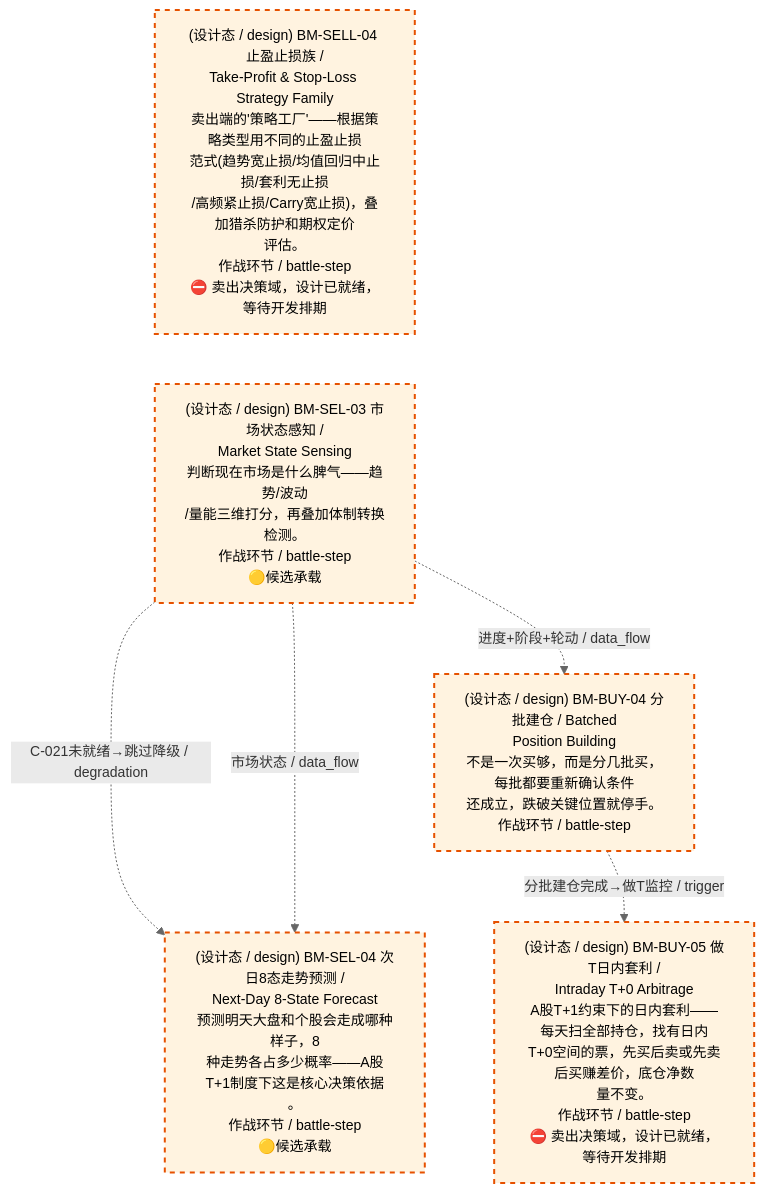
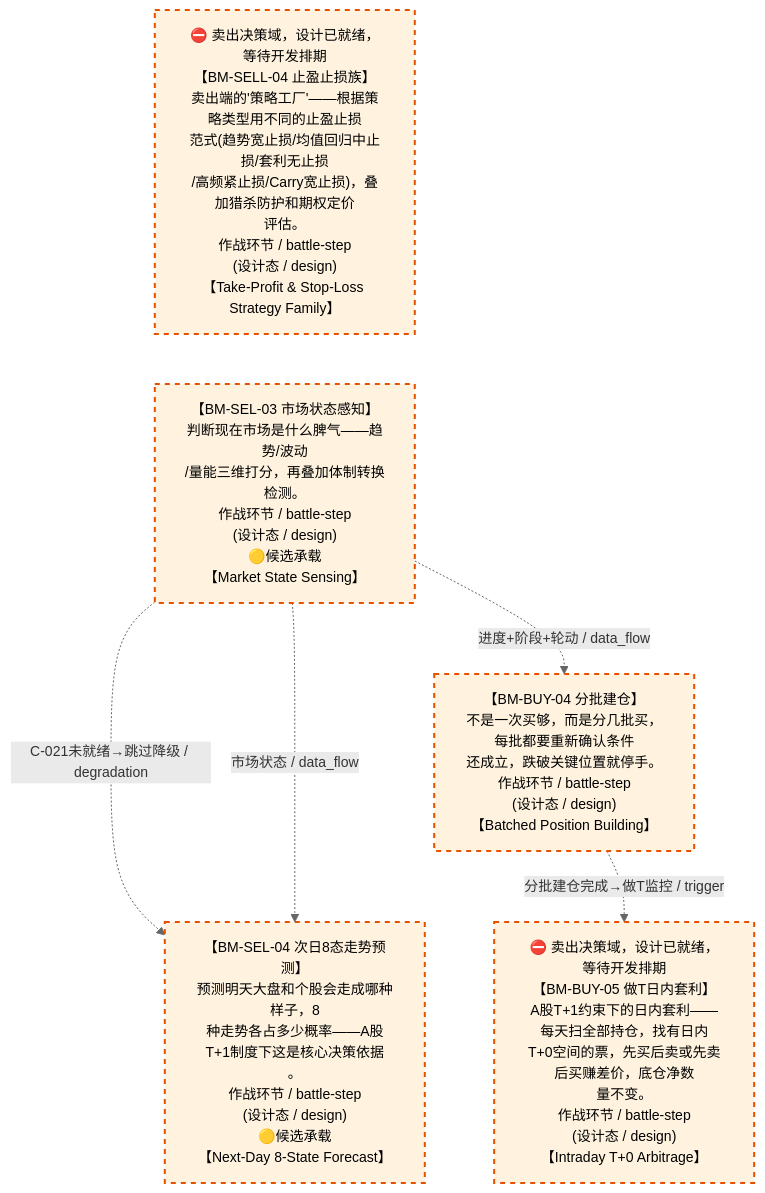
One commit to xuanFelixVan/ZephyrAlpha changed the fourth of 4 diagrams in docs/02_enterprise_architecture/07_trading_decision_architecture/battle_map/battle_map_panorama.md. Above: the diagram before and after it, drawn with Mermaid. The commit also changed other lines of this file and 16 other files, not shown here.

````diff
--- a/docs/02_enterprise_architecture/07_trading_decision_architecture/battle_map/battle_map_panorama.md
+++ b/docs/02_enterprise_architecture/07_trading_decision_architecture/battle_map/battle_map_panorama.md
@@ -242,22 +259,22 @@
 ```mermaid
 %%{init: {'theme': 'base', 'themeVariables': {'primaryColor': '#eaeaea', 'primaryTextColor': '#333333', 'primaryBorderColor': '#666666', 'lineColor': '#666666', 'secondaryColor': '#eaeaea', 'tertiaryColor': '#eaeaea', 'clusterBkg': 'transparent', 'clusterBorder': 'transparent', 'fontSize': '14px'}}}%%
 %% 作战地图·设计态
 flowchart TD
-    BM_BUY_04["(设计态 / design) BM-BUY-04 分批建仓 / Batched<br/>Position Building<br/>不是一次买够，而是分几批买，每批都要重新确认条件<br/>还成立，跌破关键位置就停手。<br/>作战环节 / battle-step"]
-    BM_BUY_05["(设计态 / design) BM-BUY-05 做T日内套利 /<br/>Intraday T+0 Arbitrage<br/>A股T+1约束下的日内套利——每天扫全部持仓，找有日内<br/>T+0空间的票，先买后卖或先卖后买赚差价，底仓净数<br/>量不变。<br/>作战环节 / battle-step<br/>⛔ 卖出决策域，设计已就绪，等待开发排期"]
-    BM_SELL_04["(设计态 / design) BM-SELL-04 止盈止损族 /<br/>Take-Profit &amp; Stop-Loss Strategy Family<br/>卖出端的'策略工厂'——根据策略类型用不同的止盈止损<br/>范式(趋势宽止损/均值回归中止损/套利无止损<br/>/高频紧止损/Carry宽止损)，叠加猎杀防护和期权定价<br/>评估。<br/>作战环节 / battle-step<br/>⛔ 卖出决策域，设计已就绪，等待开发排期"]
-    BM_SEL_03["(设计态 / design) BM-SEL-03 市场状态感知 /<br/>Market State Sensing<br/>判断现在市场是什么脾气——趋势/波动<br/>/量能三维打分，再叠加体制转换检测。<br/>作战环节 / battle-step<br/>🟡候选承载"]
-    BM_SEL_04["(设计态 / design) BM-SEL-04 次日8态走势预测 /<br/>Next-Day 8-State Forecast<br/>预测明天大盘和个股会走成哪种样子，8<br/>种走势各占多少概率——A股T+1制度下这是核心决策依据<br/>。<br/>作战环节 / battle-step<br/>🟡候选承载"]
+    BM_SEL_03["【BM-SEL-03 市场状态感知】<br/>判断现在市场是什么脾气——趋势/波动<br/>/量能三维打分，再叠加体制转换检测。<br/>作战环节 / battle-step<br/>(设计态 / design)<br/>🟡候选承载<br/>【Market State Sensing】"]
+    BM_BUY_04["【BM-BUY-04 分批建仓】<br/>不是一次买够，而是分几批买，每批都要重新确认条件<br/>还成立，跌破关键位置就停手。<br/>作战环节 / battle-step<br/>(设计态 / design)<br/>【Batched Position Building】"]
+    BM_SELL_04["⛔ 卖出决策域，设计已就绪，等待开发排期<br/>【BM-SELL-04 止盈止损族】<br/>卖出端的'策略工厂'——根据策略类型用不同的止盈止损<br/>范式(趋势宽止损/均值回归中止损/套利无止损<br/>/高频紧止损/Carry宽止损)，叠加猎杀防护和期权定价<br/>评估。<br/>作战环节 / battle-step<br/>(设计态 / design)<br/>【Take-Profit &amp; Stop-Loss Strategy Family】"]
+    BM_SEL_04["【BM-SEL-04 次日8态走势预测】<br/>预测明天大盘和个股会走成哪种样子，8<br/>种走势各占多少概率——A股T+1制度下这是核心决策依据<br/>。<br/>作战环节 / battle-step<br/>(设计态 / design)<br/>🟡候选承载<br/>【Next-Day 8-State Forecast】"]
+    BM_BUY_05["⛔ 卖出决策域，设计已就绪，等待开发排期<br/>【BM-BUY-05 做T日内套利】<br/>A股T+1约束下的日内套利——每天扫全部持仓，找有日内<br/>T+0空间的票，先买后卖或先卖后买赚差价，底仓净数<br/>量不变。<br/>作战环节 / battle-step<br/>(设计态 / design)<br/>【Intraday T+0 Arbitrage】"]
     BM_SELL_04 ~~~ BM_SEL_03
     BM_BUY_04 ~~~ BM_SEL_04
     BM_SEL_03 -.->|市场状态 / data_flow| BM_SEL_04
     BM_SEL_03 -.->|进度+阶段+轮动 / data_flow| BM_BUY_04
     BM_SEL_03 -.->|C-021未就绪→跳过降级 / degradation| BM_SEL_04
     BM_BUY_04 -.->|分批建仓完成→做T监控 / trigger| BM_BUY_05
 classDef production fill:#e1f5fe,stroke:#01579b,stroke-width:2px,color:#000
 classDef design fill:#fff3e0,stroke:#e65100,stroke-width:2px,color:#000,stroke-dasharray: 5 5
 classDef deprecated fill:#ffebee,stroke:#c62828,stroke-width:2px,color:#000
 classDef missing fill:#eeeeee,stroke:#9e9e9e,stroke-width:2px,color:#000
 classDef candidate fill:#fffde7,stroke:#f9a825,stroke-width:2px,color:#000,stroke-dasharray: 5 5
     class BM_BUY_04,BM_BUY_05,BM_SELL_04,BM_SEL_03,BM_SEL_04 design
 ```
````
